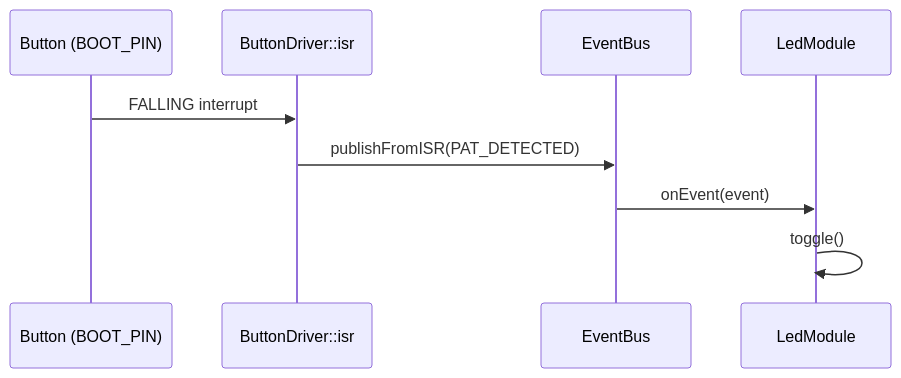
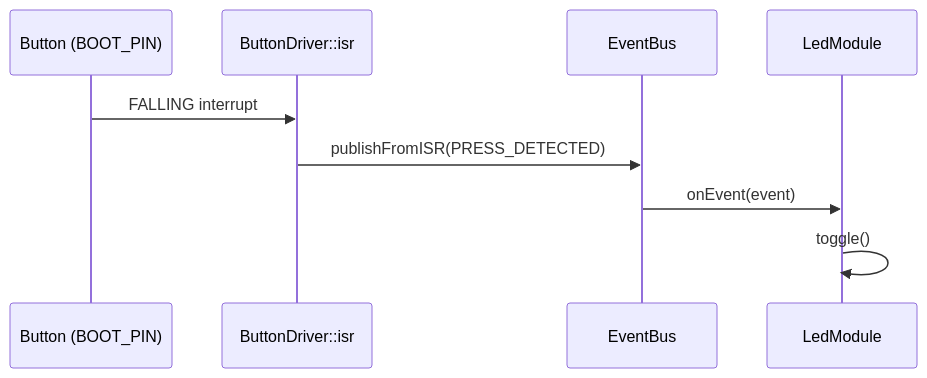
Before and after one commit to yash25hemnani/y-bot-esp32: the first of 4 diagrams in README.md, drawn with Mermaid. The commit also changed 8 other files, not shown here.

````diff
--- a/README.md
+++ b/README.md
@@ -20,12 +20,12 @@
 ```mermaid
 sequenceDiagram
     participant Btn as Button (BOOT_PIN)
     participant ISR as ButtonDriver::isr
     participant Bus as EventBus
     participant Led as LedModule
 
     Btn->>ISR: FALLING interrupt
-    ISR->>Bus: publishFromISR(PAT_DETECTED)
+    ISR->>Bus: publishFromISR(PRESS_DETECTED)
     Bus->>Led: onEvent(event)
     Led->>Led: toggle()
 ```
````
